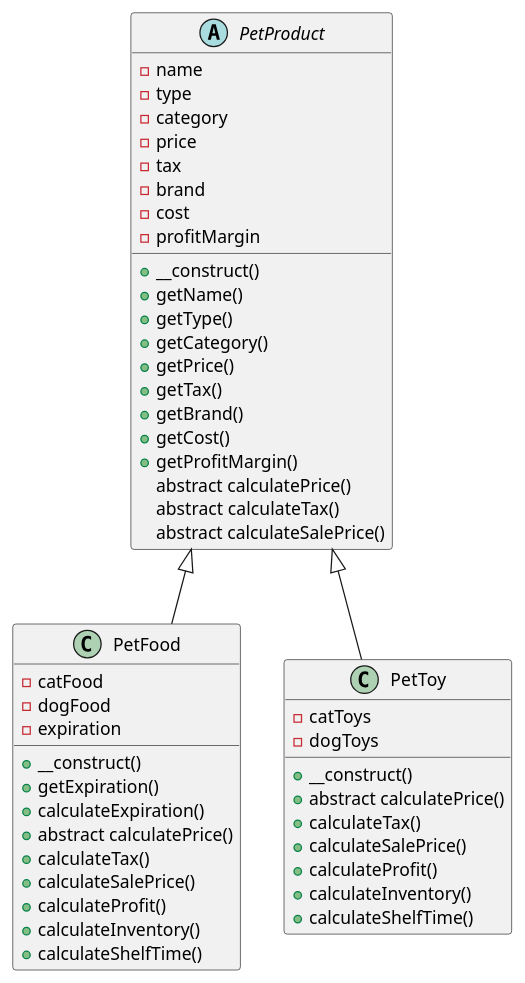
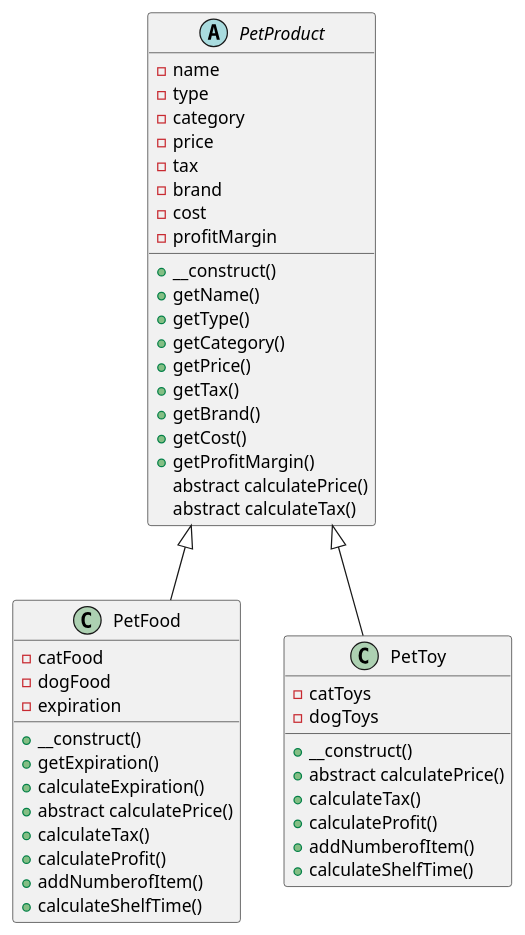
The first of 2 diagrams in project-1/tables.puml (aysegulaksu/block3-adv-web), drawn with PlantUML before and after one commit. The commit also changed other lines of this file and 1 other file, not shown here.

```diff
--- a/project-1/tables.puml
+++ b/project-1/tables.puml
@@ -2,56 +2,53 @@
 @startuml
 
 abstract class PetProduct {
   - name
   - type
   - category
   - price
   - tax
   - brand
   - cost
   - profitMargin
 
   + __construct()
   + getName()
   + getType()
   + getCategory()
   + getPrice()
   + getTax()
   + getBrand()
   + getCost()
   + getProfitMargin()
   abstract calculatePrice()
   abstract calculateTax()
-  abstract calculateSalePrice()
 }
 
 class PetFood extends PetProduct {
   - catFood
   - dogFood
   - expiration
 
   + __construct()
   + getExpiration()
   + calculateExpiration()
   + abstract calculatePrice()
   + calculateTax()
-  + calculateSalePrice()
   + calculateProfit()
-  + calculateInventory()
+  + addNumberofItem()
   + calculateShelfTime()
 }
 
 class PetToy extends PetProduct {
   - catToys
   - dogToys
 
   + __construct()
   + abstract calculatePrice()
   + calculateTax()
-  + calculateSalePrice()
   + calculateProfit()
-  + calculateInventory()
+  + addNumberofItem()
   + calculateShelfTime()
 }
 
 @enduml
```
